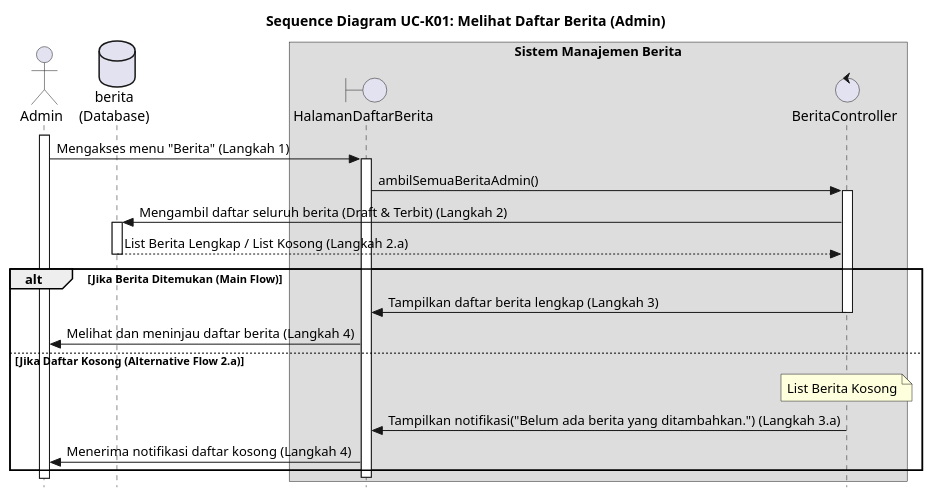
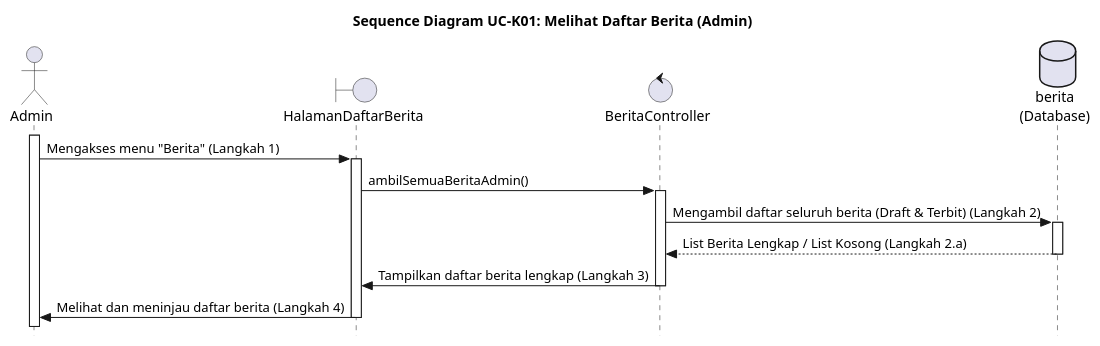
The diagram in UC-K01.PUML (alfiahnurfa/RSI-PROYEK-AKHIR-SEQUENCE), drawn with PlantUML before and after one commit. The commit also changed 57 other files, not shown here.

```diff
--- a/UC-K01.PUML
+++ b/UC-K01.PUML
@@ -1,43 +1,45 @@
 @startuml SD-UC-K01_MelihatDaftarBeritaAdmin
 title Sequence Diagram UC-K01: Melihat Daftar Berita (Admin)
 skinparam style strictuml
 
 actor Admin
 boundary HalamanDaftarBerita
 control BeritaController
 database berita as "berita\n(Database)"
 
-box "Sistem Manajemen Berita"
-    participant HalamanDaftarBerita
-    participant BeritaController
-end box
+' box "Sistem Manajemen Berita"
+'     participant HalamanDaftarBerita
+'     participant BeritaController
+' end box
 
 activate Admin
 Admin -> HalamanDaftarBerita : Mengakses menu "Berita" (Langkah 1)
 activate HalamanDaftarBerita
 
 HalamanDaftarBerita -> BeritaController : ambilSemuaBeritaAdmin()
 activate BeritaController
 
 BeritaController -> berita : Mengambil daftar seluruh berita (Draft & Terbit) (Langkah 2)
 activate berita
 return List Berita Lengkap / List Kosong (Langkah 2.a)
 deactivate berita
 
-alt Jika Berita Ditemukan (Main Flow)
-    BeritaController -> HalamanDaftarBerita : Tampilkan daftar berita lengkap (Langkah 3)
-    deactivate BeritaController
+BeritaController -> HalamanDaftarBerita : Tampilkan daftar berita lengkap (Langkah 3)
+deactivate BeritaController
     
-    HalamanDaftarBerita -> Admin : Melihat dan meninjau daftar berita (Langkah 4)
-else Jika Daftar Kosong (Alternative Flow 2.a)
-    note over BeritaController
-        List Berita Kosong
-    end note
-    BeritaController -> HalamanDaftarBerita : Tampilkan notifikasi("Belum ada berita yang ditambahkan.") (Langkah 3.a)
-    deactivate BeritaController
+HalamanDaftarBerita -> Admin : Melihat dan meninjau daftar berita (Langkah 4)
+
+' alt Jika Berita Ditemukan (Main Flow)
+
+' else Jika Daftar Kosong (Alternative Flow 2.a)
+'     note over BeritaController
+'         List Berita Kosong
+'     end note
+'     BeritaController -> HalamanDaftarBerita : Tampilkan notifikasi("Belum ada berita yang ditambahkan.") (Langkah 3.a)
+'     deactivate BeritaController
     
-    HalamanDaftarBerita -> Admin : Menerima notifikasi daftar kosong (Langkah 4)
-end alt
+'     HalamanDaftarBerita -> Admin : Menerima notifikasi daftar kosong (Langkah 4)
+' end alt
 deactivate HalamanDaftarBerita
 
 @enduml
```
